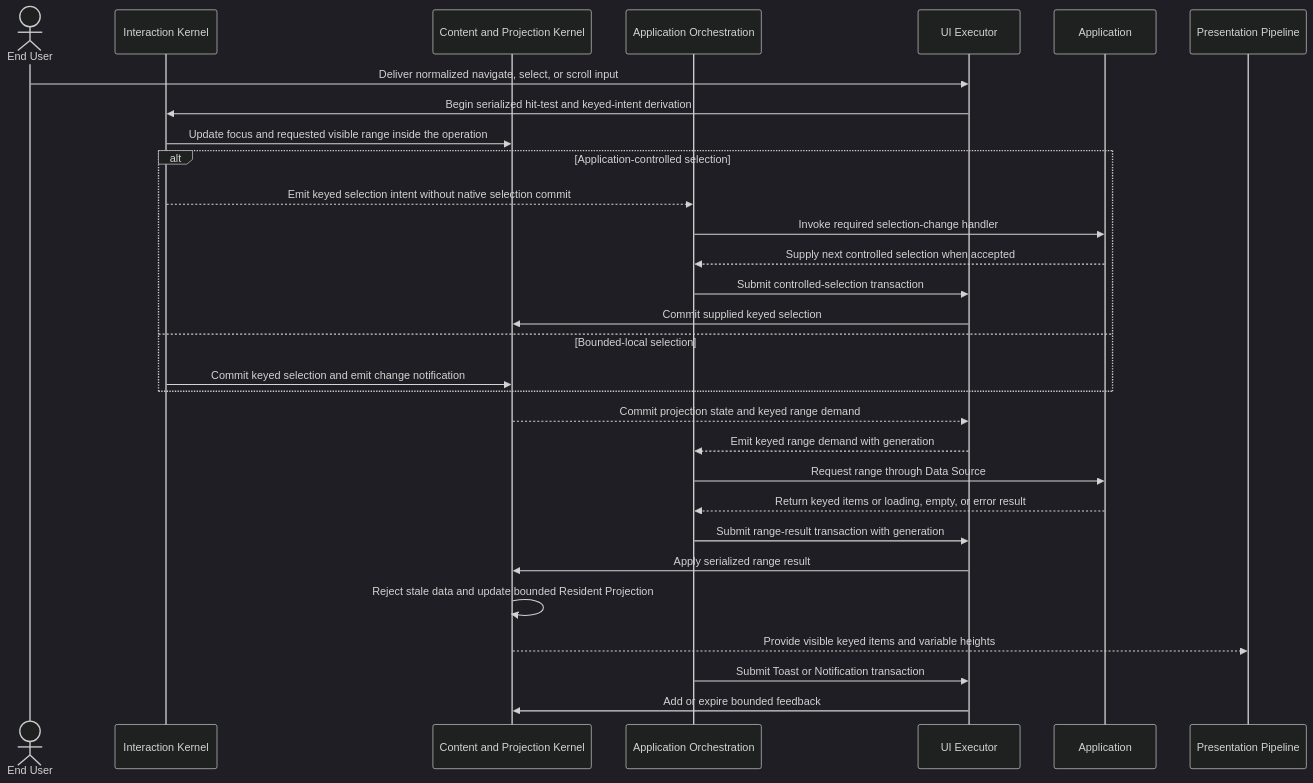
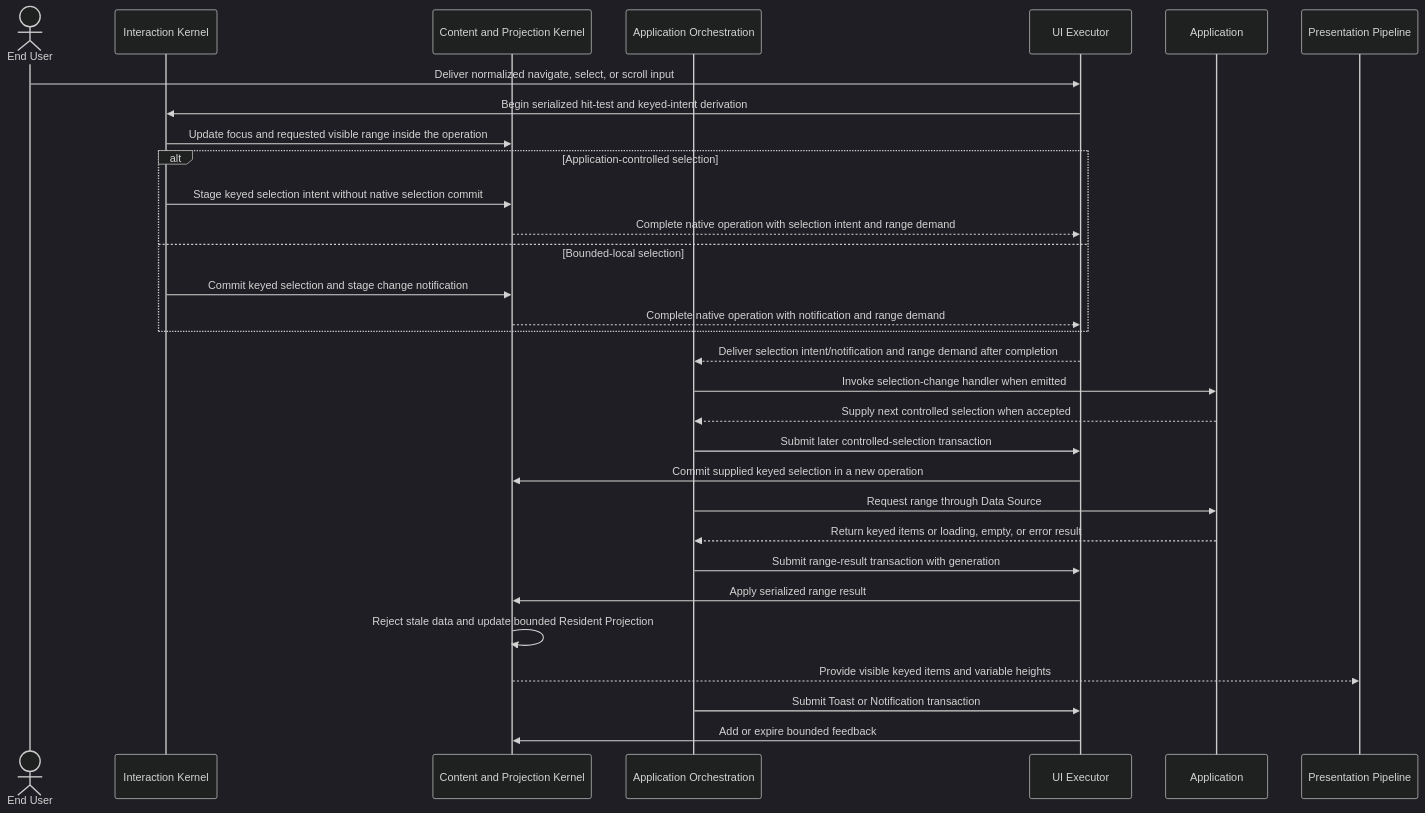
Before and after one commit to Tuvren/tuvren-tui: the diagram in .constitution/architecture/flows/virtual-collection-feedback.md, drawn with Mermaid (dark theme). The commit also changed other lines of this file and 6 other files, not shown here.

First line of the commit message:
docs: complete native work before application delivery

````diff
--- a/.constitution/architecture/flows/virtual-collection-feedback.md
+++ b/.constitution/architecture/flows/virtual-collection-feedback.md
@@ -9,33 +9,34 @@
 ```mermaid
 sequenceDiagram
     actor EU as End User
     participant Interact as Interaction Kernel
     participant Content as Content and Projection Kernel
     participant Orch as Application Orchestration
     participant Exec as UI Executor
     participant App as Application
     participant Present as Presentation Pipeline
 
     EU->>Exec: Deliver normalized navigate, select, or scroll input
     Exec->>Interact: Begin serialized hit-test and keyed-intent derivation
     Interact->>Content: Update focus and requested visible range inside the operation
     alt Application-controlled selection
-        Interact-->>Orch: Emit keyed selection intent without native selection commit
-        Orch->>App: Invoke required selection-change handler
-        App-->>Orch: Supply next controlled selection when accepted
-        Orch->>Exec: Submit controlled-selection transaction
-        Exec->>Content: Commit supplied keyed selection
+        Interact->>Content: Stage keyed selection intent without native selection commit
+        Content-->>Exec: Complete native operation with selection intent and range demand
     else Bounded-local selection
-        Interact->>Content: Commit keyed selection and emit change notification
+        Interact->>Content: Commit keyed selection and stage change notification
+        Content-->>Exec: Complete native operation with notification and range demand
     end
-    Content-->>Exec: Commit projection state and keyed range demand
-    Exec-->>Orch: Emit keyed range demand with generation
+    Exec-->>Orch: Deliver selection intent/notification and range demand after completion
+    Orch->>App: Invoke selection-change handler when emitted
+    App-->>Orch: Supply next controlled selection when accepted
+    Orch->>Exec: Submit later controlled-selection transaction
+    Exec->>Content: Commit supplied keyed selection in a new operation
     Orch->>App: Request range through Data Source
     App-->>Orch: Return keyed items or loading, empty, or error result
     Orch->>Exec: Submit range-result transaction with generation
     Exec->>Content: Apply serialized range result
     Content->>Content: Reject stale data and update bounded Resident Projection
     Content-->>Present: Provide visible keyed items and variable heights
     Orch->>Exec: Submit Toast or Notification transaction
     Exec->>Content: Add or expire bounded feedback
 ```
````
